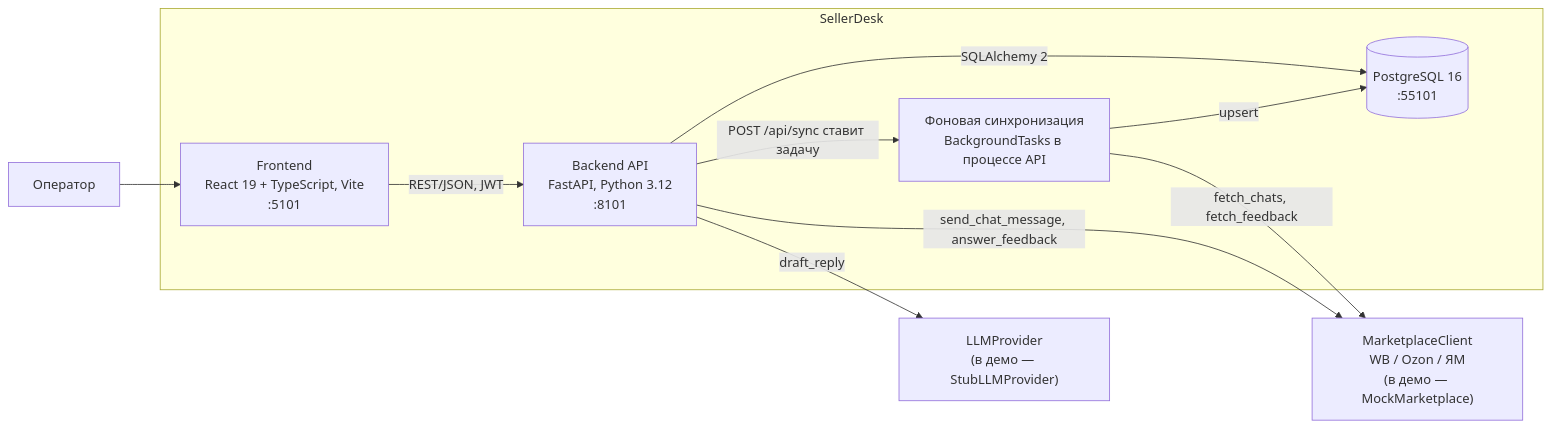
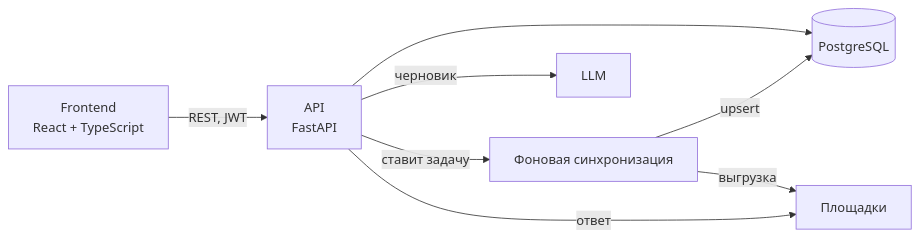
One commit to Georgy213123/ai-product-engineering changed the second of 2 diagrams in projects/01-sellerdesk/docs/03-design/architecture.md. Above: the diagram before and after it, drawn with Mermaid. The commit also changed other lines of this file and 16 other files, not shown here.

````diff
--- a/projects/01-sellerdesk/docs/03-design/architecture.md
+++ b/projects/01-sellerdesk/docs/03-design/architecture.md
@@ -26,21 +16,10 @@
 ```mermaid
 flowchart LR
-    op["Оператор"]
-    subgraph SellerDesk
-        fe["Frontend<br/>React 19 + TypeScript, Vite<br/>:5101"]
-        api["Backend API<br/>FastAPI, Python 3.12<br/>:8101"]
-        job["Фоновая синхронизация<br/>BackgroundTasks в процессе API"]
-        db[("PostgreSQL 16<br/>:55101")]
-    end
-    mp["MarketplaceClient<br/>WB / Ozon / ЯМ<br/>(в демо — MockMarketplace)"]
-    llm["LLMProvider<br/>(в демо — StubLLMProvider)"]
-
-    op --> fe
-    fe -- "REST/JSON, JWT" --> api
-    api -- "SQLAlchemy 2" --> db
-    api -- "POST /api/sync ставит задачу" --> job
-    job -- "upsert" --> db
-    job -- "fetch_chats, fetch_feedback" --> mp
-    api -- "send_chat_message, answer_feedback" --> mp
-    api -- "draft_reply" --> llm
+    fe["Frontend<br/>React + TypeScript"] -- "REST, JWT" --> api["API<br/>FastAPI"]
+    api --> db[("PostgreSQL")]
+    api -- ставит задачу --> job["Фоновая синхронизация"]
+    job -- upsert --> db
+    job -- выгрузка --> mp["Площадки"]
+    api -- ответ --> mp
+    api -- черновик --> llm["LLM"]
 ```
````
